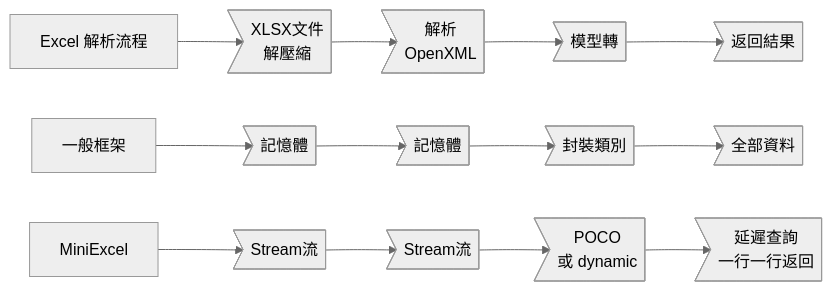
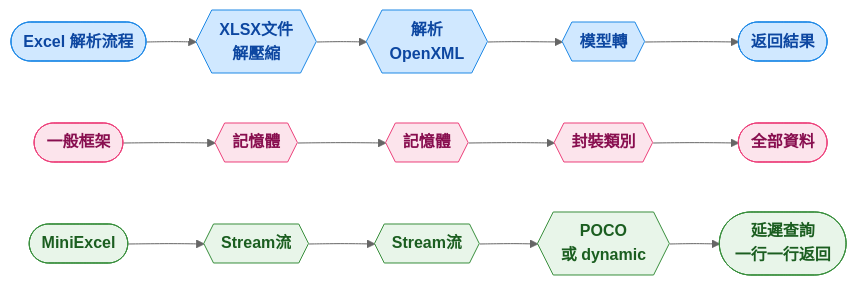
The diagram in README.zh-CN.md (mini-software/MiniExcel), drawn with Mermaid (neutral theme) before and after one commit. The commit also changed 2 other files, not shown here.

Commit message:
Change style

````diff
--- a/README.zh-CN.md
+++ b/README.zh-CN.md
@@ -45,8 +45,16 @@
 ```mermaid
 flowchart LR
-    A1["Excel 解析流程"] --> A2>"XLSX文件<br>解壓縮"] --> A3>"解析<br>OpenXML"] --> A4>"模型轉"] --> A5>"返回結果"]
+    A1(["Excel 解析流程"]) --> A2{{"XLSX文件<br>解壓縮"}} --> A3{{"解析<br>OpenXML"}} --> A4{{"模型轉"}} --> A5(["返回結果"])
 
-    B1["一般框架"] --> B2>"記憶體"] --> B3>"記憶體"] --> B4>"封裝類別"] --> B5>"全部資料"]
+    B1(["一般框架"]) --> B2{{"記憶體"}} --> B3{{"記憶體"}} --> B4{{"封裝類別"}} --> B5(["全部資料"])
 
-    C1["MiniExcel"] --> C2>"Stream流"] --> C3>"Stream流"] --> C4>"POCO<br>或 dynamic"] --> C5>"延遲查詢<br>一行一行返回"]
+    C1(["MiniExcel"]) --> C2{{"Stream流"}} --> C3{{"Stream流"}} --> C4{{"POCO<br>或 dynamic"}} --> C5(["延遲查詢<br>一行一行返回"])
+
+    classDef analysis fill:#D0E8FF,stroke:#1E88E5,color:#0D47A1,font-weight:bold;
+    classDef others fill:#FCE4EC,stroke:#EC407A,color:#880E4F,font-weight:bold;
+    classDef miniexcel fill:#E8F5E9,stroke:#388E3C,color:#1B5E20,font-weight:bold;
+
+    class A1,A2,A3,A4,A5 analysis;
+    class B1,B2,B3,B4,B5 others;
+    class C1,C2,C3,C4,C5 miniexcel;
 ```
````
